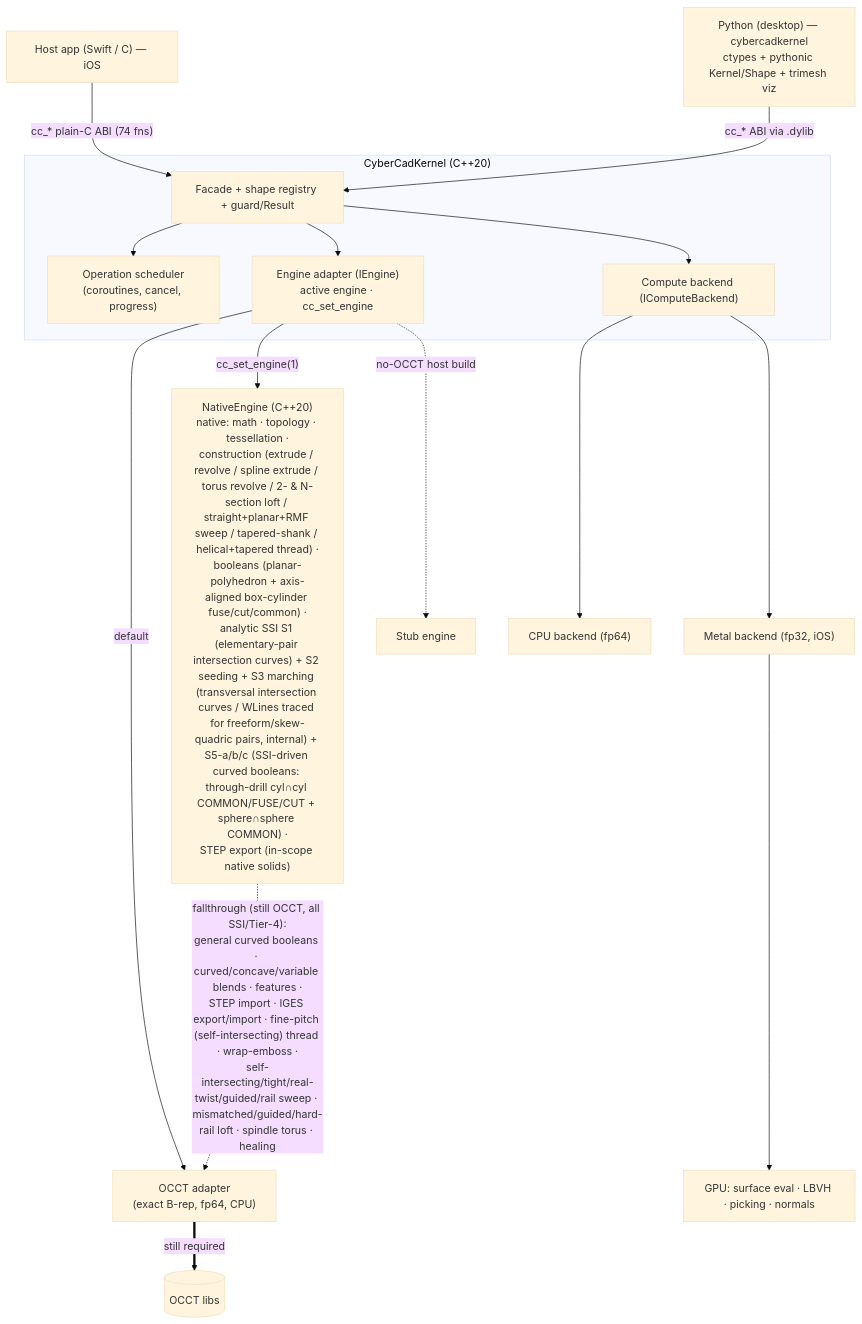
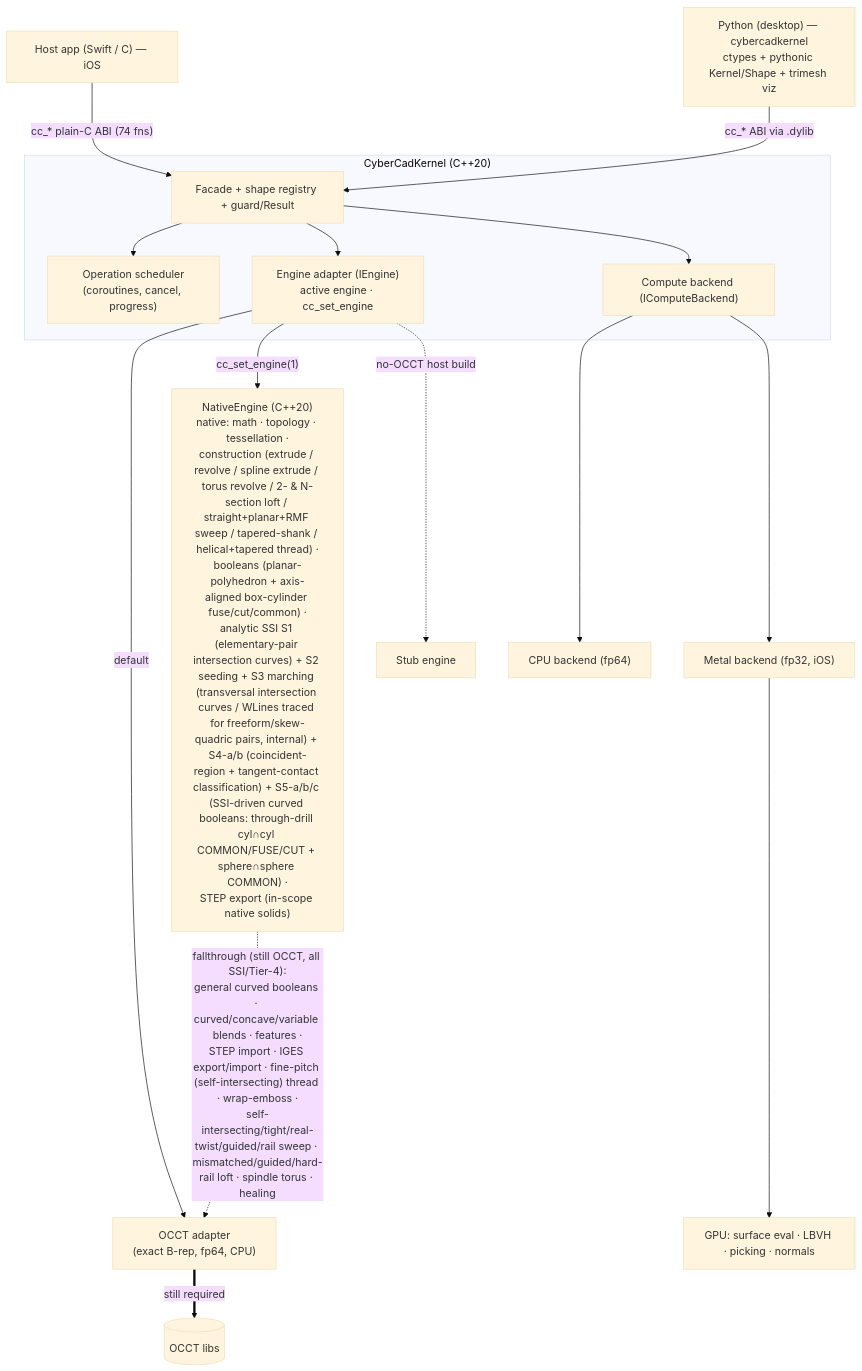
The diagram in README.md (CyberdyneCorp/CyberCadKernel), drawn with Mermaid (base theme) before and after one commit. The commit also changed other lines of this file and 25 other files, not shown here.

````diff
--- a/README.md
+++ b/README.md
@@ -33,27 +33,27 @@
 ```mermaid
 flowchart TD
     App["Host app (Swift / C) — iOS"] -->|"cc_* plain-C ABI (74 fns)"| Facade
     Py["Python (desktop) — cybercadkernel<br/>ctypes + pythonic Kernel/Shape + trimesh viz"] -->|"cc_* ABI via .dylib"| Facade
 
     subgraph Kernel["CyberCadKernel (C++20)"]
         Facade["Facade + shape registry + guard/Result"]
         Sched["Operation scheduler<br/>(coroutines, cancel, progress)"]
         Engine["Engine adapter (IEngine)<br/>active engine · cc_set_engine"]
         Compute["Compute backend (IComputeBackend)"]
 
         Facade --> Sched
         Facade --> Engine
         Facade --> Compute
     end
 
     Engine -->|"default"| OCCT["OCCT adapter<br/>(exact B-rep, fp64, CPU)"]
-    Engine -->|"cc_set_engine(1)"| Native["NativeEngine (C++20)<br/>native: math · topology · tessellation ·<br/>construction (extrude / revolve / spline extrude / torus revolve / 2- &amp; N-section loft / straight+planar+RMF sweep / tapered-shank / helical+tapered thread) ·<br/>booleans (planar-polyhedron + axis-aligned box-cylinder fuse/cut/common) ·<br/>analytic SSI S1 (elementary-pair intersection curves) + S2 seeding + S3 marching (transversal intersection curves / WLines traced for freeform/skew-quadric pairs, internal) + S5-a/b/c (SSI-driven curved booleans: through-drill cyl∩cyl COMMON/FUSE/CUT + sphere∩sphere COMMON) ·<br/>STEP export (in-scope native solids)"]
+    Engine -->|"cc_set_engine(1)"| Native["NativeEngine (C++20)<br/>native: math · topology · tessellation ·<br/>construction (extrude / revolve / spline extrude / torus revolve / 2- &amp; N-section loft / straight+planar+RMF sweep / tapered-shank / helical+tapered thread) ·<br/>booleans (planar-polyhedron + axis-aligned box-cylinder fuse/cut/common) ·<br/>analytic SSI S1 (elementary-pair intersection curves) + S2 seeding + S3 marching (transversal intersection curves / WLines traced for freeform/skew-quadric pairs, internal) + S4-a/b (coincident-region + tangent-contact classification) + S5-a/b/c (SSI-driven curved booleans: through-drill cyl∩cyl COMMON/FUSE/CUT + sphere∩sphere COMMON) ·<br/>STEP export (in-scope native solids)"]
     Engine -.->|"no-OCCT host build"| Stub["Stub engine"]
 
     Native -.->|"fallthrough (still OCCT, all SSI/Tier-4):<br/>general curved booleans · curved/concave/variable blends · features ·<br/>STEP import · IGES export/import · fine-pitch (self-intersecting) thread · wrap-emboss ·<br/>self-intersecting/tight/real-twist/guided/rail sweep · mismatched/guided/hard-rail loft · spindle torus · healing"| OCCT
     OCCT ==>|"still required"| OCCTlib[("OCCT libs")]
 
     Compute --> CPUb["CPU backend (fp64)"]
     Compute --> Metal["Metal backend (fp32, iOS)"]
     Metal --> GPU["GPU: surface eval · LBVH · picking · normals"]
 ```
````
